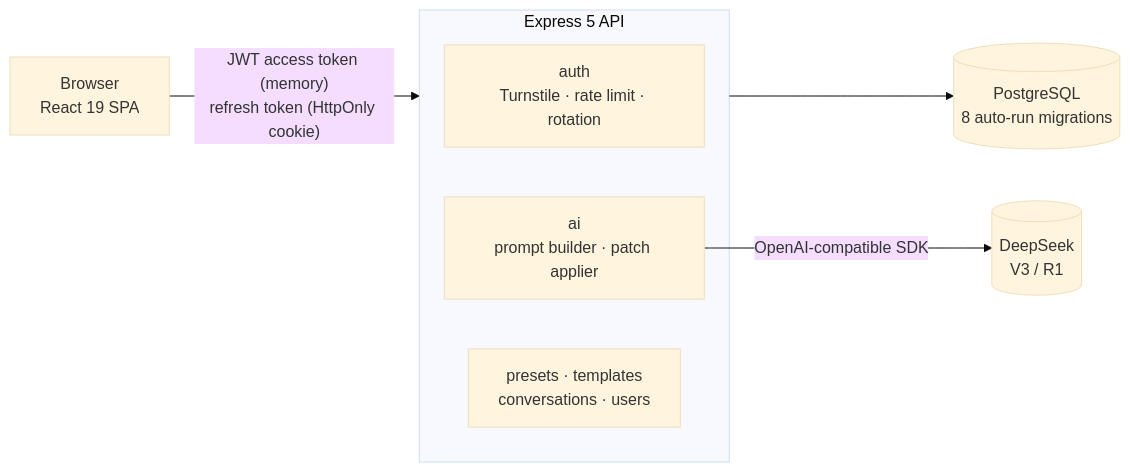
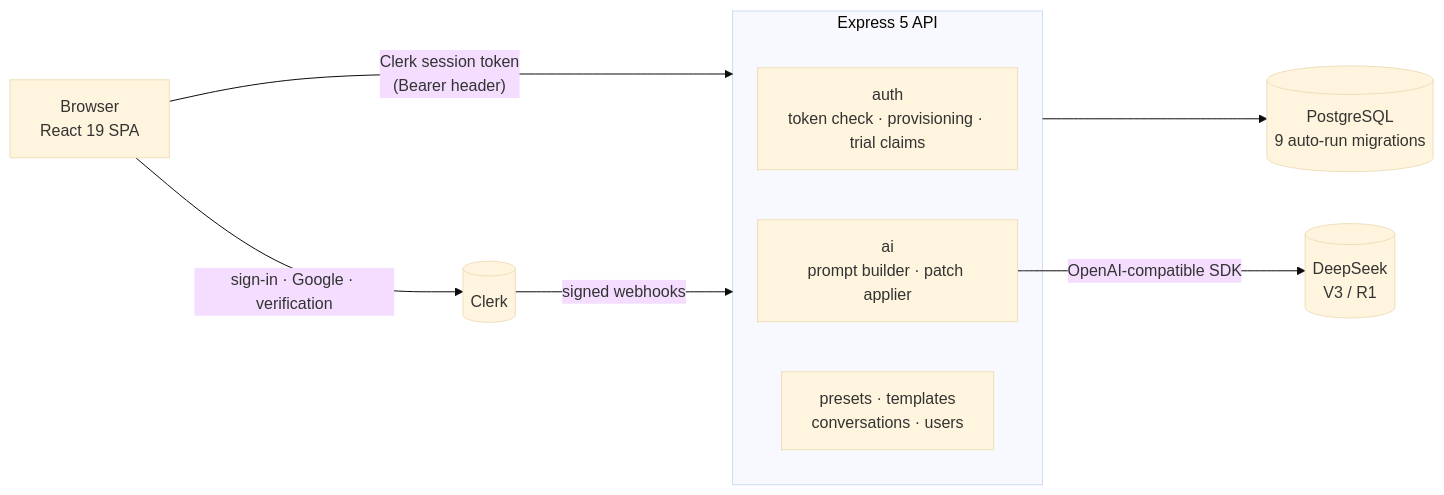
The diagram in README.md (pablolird/facturia), drawn with Mermaid (base theme) before and after one commit. The commit also changed other lines of this file and 58 other files, not shown here.

First line of the commit message:
Move authentication to Clerk and make the free trial one per mailbox

````diff
--- a/README.md
+++ b/README.md
@@ -99,11 +99,13 @@
 ```mermaid
 flowchart LR
-    U[Browser<br/>React 19 SPA] -- "JWT access token (memory)<br/>refresh token (HttpOnly cookie)" --> API
+    U[Browser<br/>React 19 SPA] -- "Clerk session token<br/>(Bearer header)" --> API
+    U -- "sign-in · Google · verification" --> CK[(Clerk)]
+    CK -- "signed webhooks" --> API
     subgraph API[Express 5 API]
-        AUTH[auth<br/>Turnstile · rate limit · rotation]
+        AUTH[auth<br/>token check · provisioning · trial claims]
         AI[ai<br/>prompt builder · patch applier]
         CRUD[presets · templates<br/>conversations · users]
     end
     AI -- "OpenAI-compatible SDK" --> DS[(DeepSeek<br/>V3 / R1)]
-    API --> PG[(PostgreSQL<br/>8 auto-run migrations)]
+    API --> PG[(PostgreSQL<br/>9 auto-run migrations)]
 ```
````
